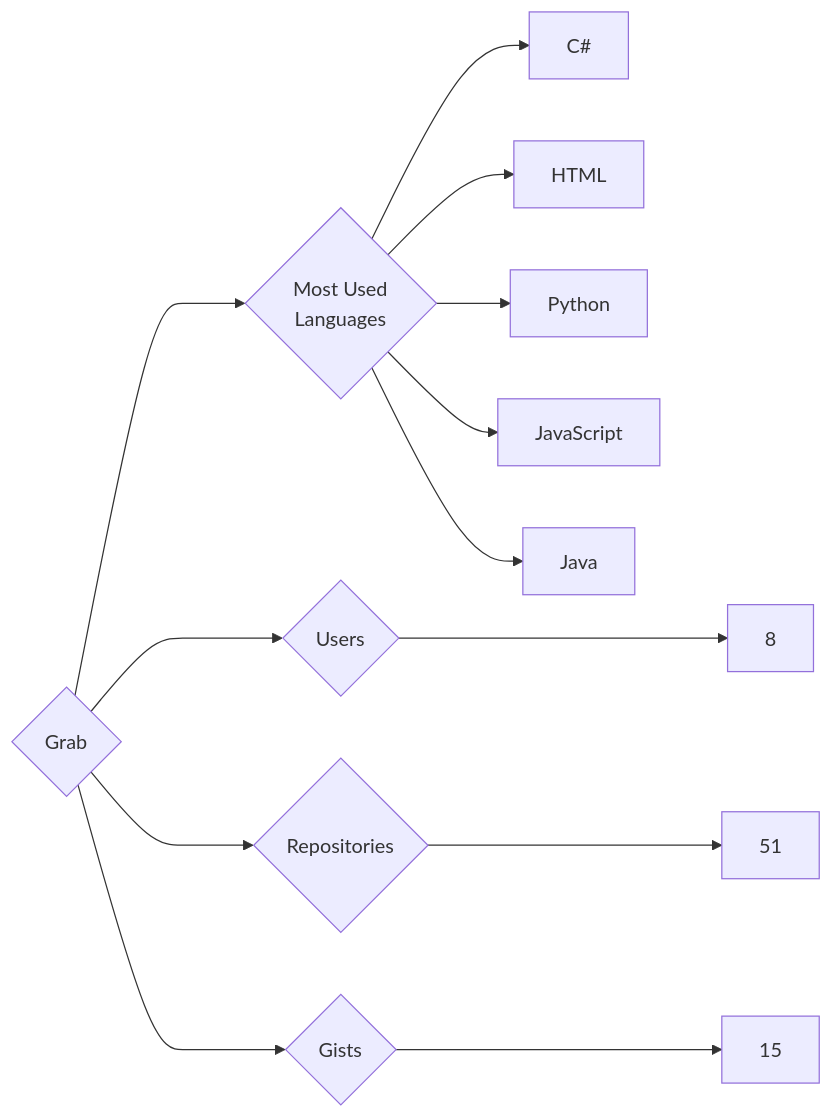
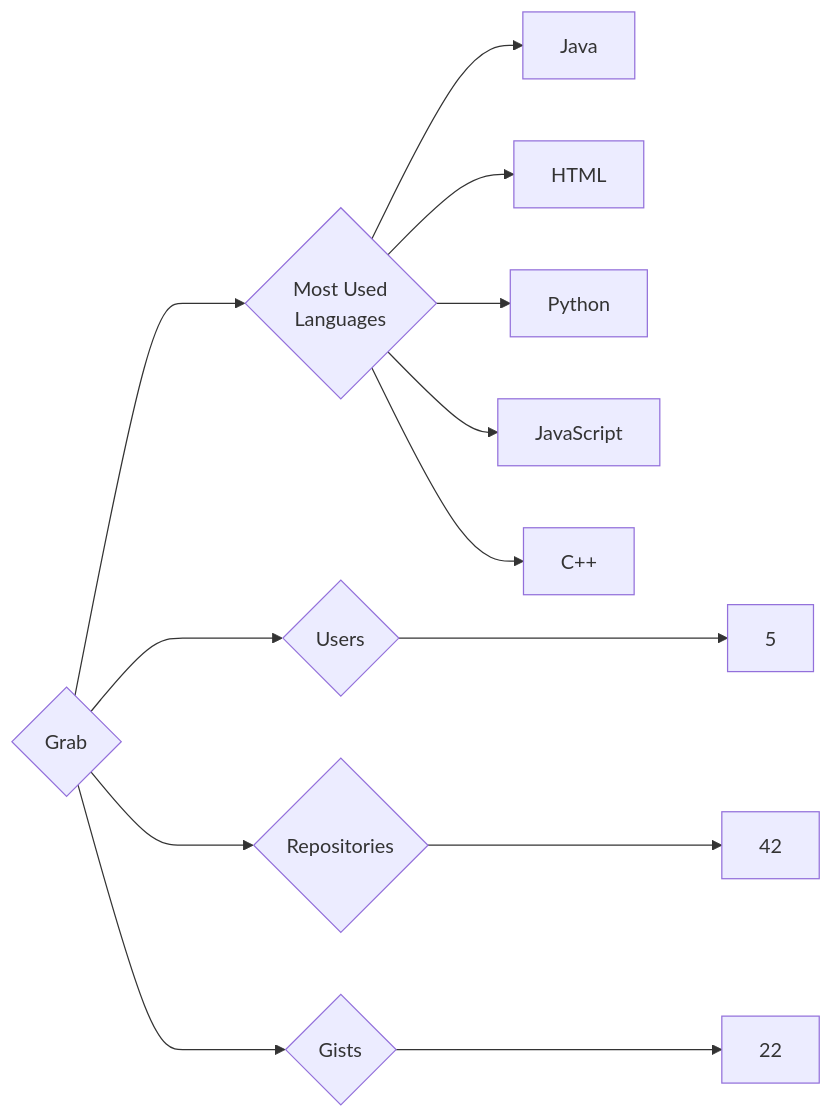
Before and after one commit to trickest/insiders: the diagram in targets/Grab/README.md, drawn with Mermaid. The commit also changed 1141 other files, not shown here.

````diff
--- a/targets/Grab/README.md
+++ b/targets/Grab/README.md
@@ -3,13 +3,13 @@
 ```mermaid
 graph LR
 COMPANY_NAME{Grab}
-COMPANY_NAME ---> U{Users} ---> UN[8]
-COMPANY_NAME ---> R{Repositories} ---> RN[51]
-COMPANY_NAME ---> G{Gists} ---> GN[15]
+COMPANY_NAME ---> U{Users} ---> UN[5]
+COMPANY_NAME ---> R{Repositories} ---> RN[42]
+COMPANY_NAME ---> G{Gists} ---> GN[22]
 COMPANY_NAME ---> ML{Most Used<br>Languages}
-ML --> C#[C#]
+ML --> Java[Java]
 ML --> HTML[HTML]
 ML --> Python[Python]
 ML --> JavaScript[JavaScript]
-ML --> Java[Java]
+ML --> C++[C++]
 ```
````
